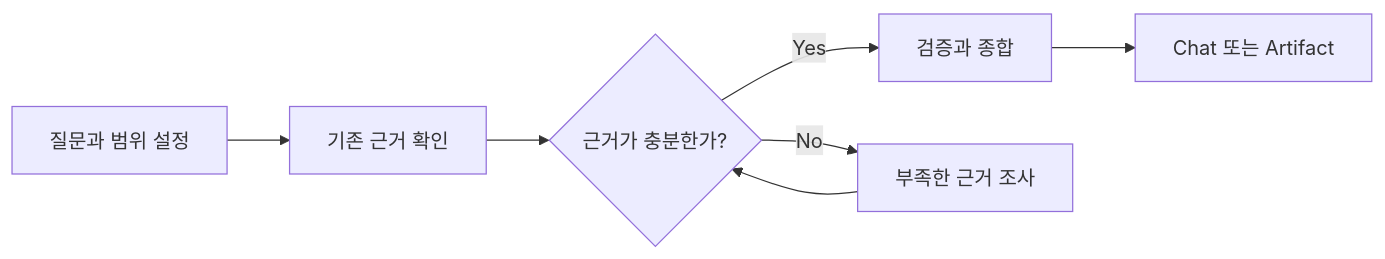
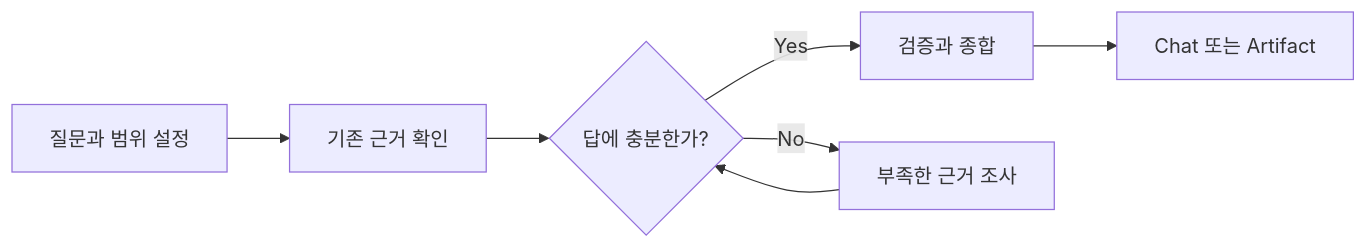
The diagram in .agents/skills/pivot-research/SKILL.md (mols3131d/hmda-data-reliability), drawn with Mermaid before and after one commit. The commit also changed other lines of this file, not shown here.

````diff
--- a/.agents/skills/pivot-research/SKILL.md
+++ b/.agents/skills/pivot-research/SKILL.md
@@ -57,9 +57,9 @@
 ```mermaid
 flowchart LR
     A[질문과 범위 설정] --> B[기존 근거 확인]
-    B --> C{근거가 충분한가?}
+    B --> C{답에 충분한가?}
     C -- Yes --> D[검증과 종합]
     C -- No --> E[부족한 근거 조사]
     E --> C
     D --> F[Chat 또는 Artifact]
 ```
````
